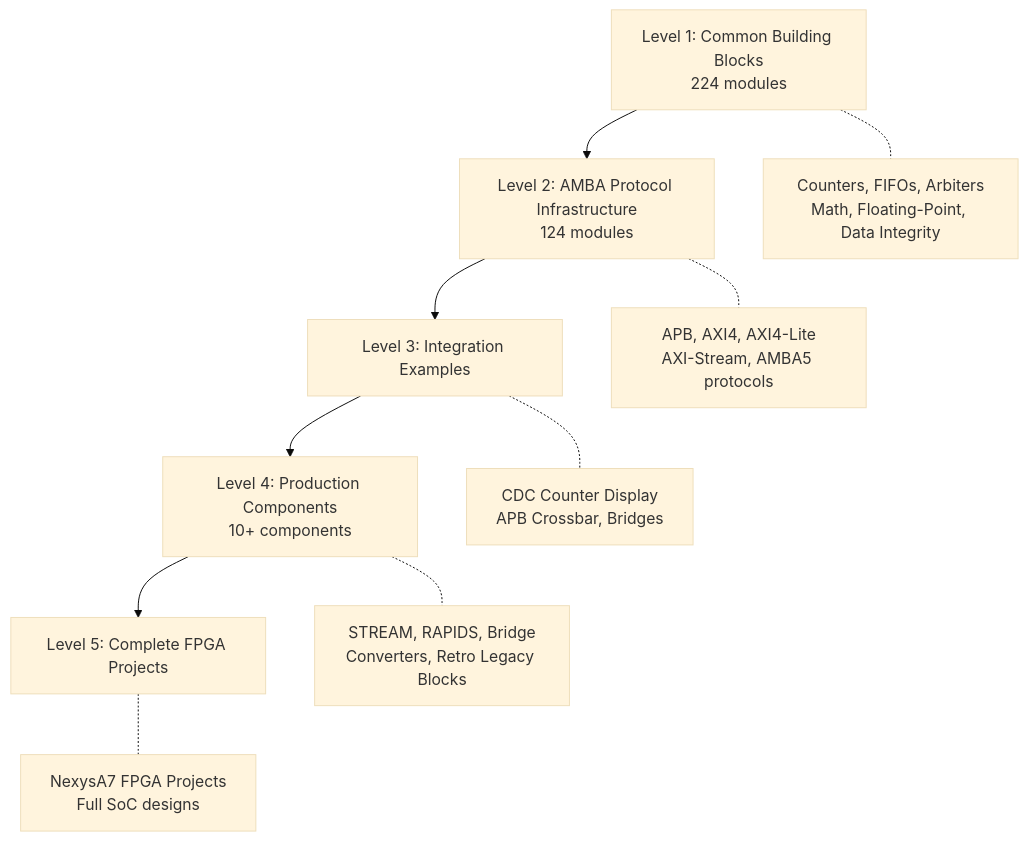
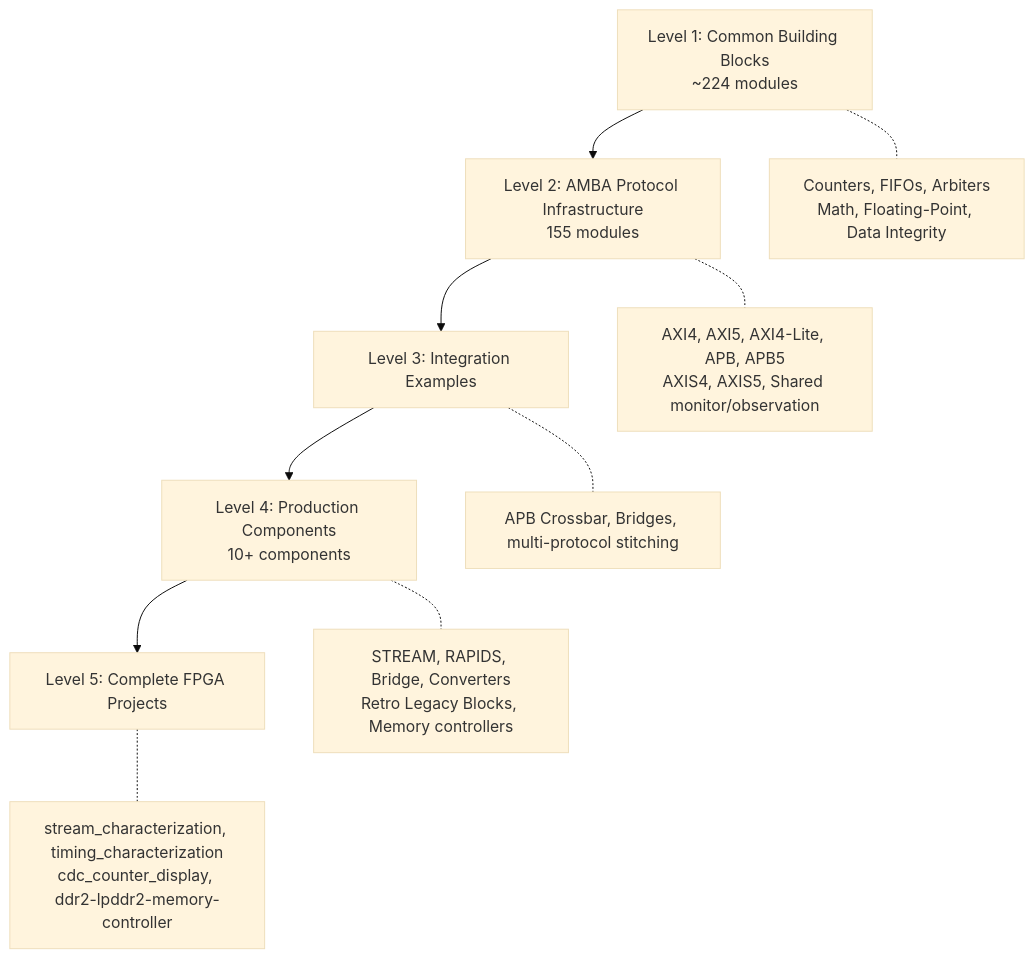
One commit to sean-galloway/RTLDesignSherpa changed the diagram in README.md. Above: the diagram before and after it, drawn with Mermaid (base theme). The commit also changed other lines of this file, not shown here.

Commit message:
docs(README): make Learning Path clickable on mobile
The Mermaid graph TD in the Learning Path section rendered as raw
code on GitHub mobile and, even when it did render as a graphic on
desktop, the boxes weren't hyperlinks -- so the diagram wasted screen
real estate without offering navigation.

Replace the bare Mermaid block with a clickable markdown bullet list
(every level + every sub-item is a real link to the corresponding
subsystem/project directory), and stash the Mermaid diagram inside a
collapsed <details> block for the desktop-only "visual diagram" use.
Also added click directives inside the Mermaid block so nodes are
clickable when the diagram does render.

Net effect on mobile: tappable links to Common/AMBA/Integration/
Components/NexysA7 instead of an unreadable wall of graph TD source.

````diff
--- a/README.md
+++ b/README.md
@@ -66,13 +77,19 @@
 ```mermaid
 graph TD
-    L1[Level 1: Common Building Blocks<br/>224 modules] --> L2[Level 2: AMBA Protocol Infrastructure<br/>124 modules]
+    L1[Level 1: Common Building Blocks<br/>~224 modules] --> L2[Level 2: AMBA Protocol Infrastructure<br/>155 modules]
     L2 --> L3[Level 3: Integration Examples]
     L3 --> L4[Level 4: Production Components<br/>10+ components]
     L4 --> L5[Level 5: Complete FPGA Projects]
 
     L1 -.- L1D[Counters, FIFOs, Arbiters<br/>Math, Floating-Point, Data Integrity]
-    L2 -.- L2D[APB, AXI4, AXI4-Lite<br/>AXI-Stream, AMBA5 protocols]
-    L3 -.- L3D[CDC Counter Display<br/>APB Crossbar, Bridges]
-    L4 -.- L4D[STREAM, RAPIDS, Bridge<br/>Converters, Retro Legacy Blocks]
-    L5 -.- L5D[NexysA7 FPGA Projects<br/>Full SoC designs]
+    L2 -.- L2D[AXI4, AXI5, AXI4-Lite, APB, APB5<br/>AXIS4, AXIS5, Shared monitor/observation]
+    L3 -.- L3D[APB Crossbar, Bridges, multi-protocol stitching]
+    L4 -.- L4D[STREAM, RAPIDS, Bridge, Converters<br/>Retro Legacy Blocks, Memory controllers]
+    L5 -.- L5D[stream_characterization, timing_characterization<br/>cdc_counter_display, ddr2-lpddr2-memory-controller]
+
+    click L1 "rtl/common/" "Common Building Blocks"
+    click L2 "rtl/amba/" "AMBA Protocol Infrastructure"
+    click L3 "rtl/integ_amba/" "Integration Examples"
+    click L4 "projects/components/" "Production Components"
+    click L5 "projects/NexysA7/" "FPGA Projects"
 ```
````
